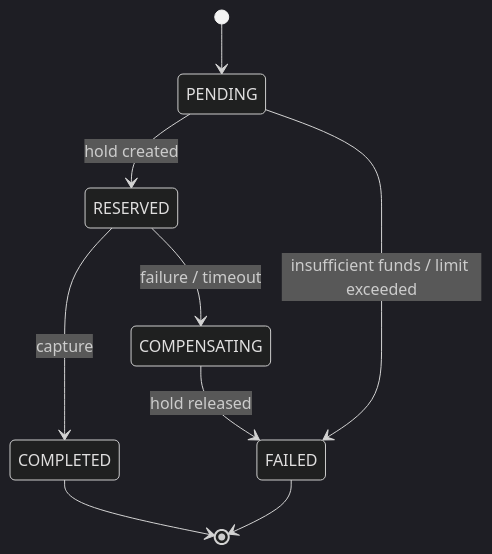
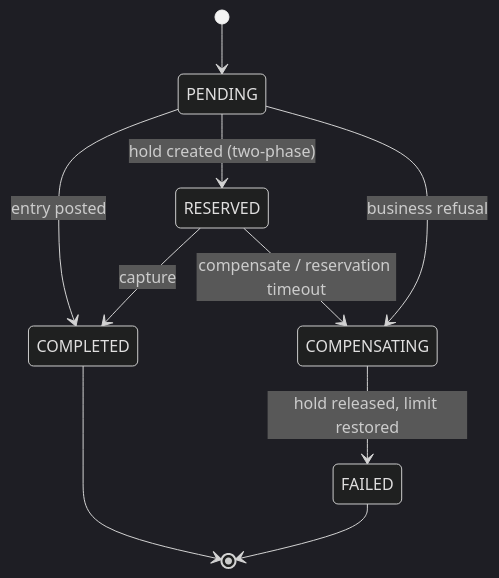
The diagram in docs/services/transaction-service.md (ViniciusMicarelli/digital-bank-platform), drawn with Mermaid (dark theme) before and after one commit. The commit also changed other lines of this file and 36 other files, not shown here.

````diff
--- a/docs/services/transaction-service.md
+++ b/docs/services/transaction-service.md
@@ -20,11 +19,12 @@
 ```mermaid
 stateDiagram-v2
     [*] --> PENDING
-    PENDING --> RESERVED: hold created
-    PENDING --> FAILED: insufficient funds / limit exceeded
+    PENDING --> COMPLETED: entry posted
+    PENDING --> RESERVED: hold created (two-phase)
+    PENDING --> COMPENSATING: business refusal
     RESERVED --> COMPLETED: capture
-    RESERVED --> COMPENSATING: failure / timeout
-    COMPENSATING --> FAILED: hold released
+    RESERVED --> COMPENSATING: compensate / reservation timeout
+    COMPENSATING --> FAILED: hold released, limit restored
     COMPLETED --> [*]
     FAILED --> [*]
 ```
````
